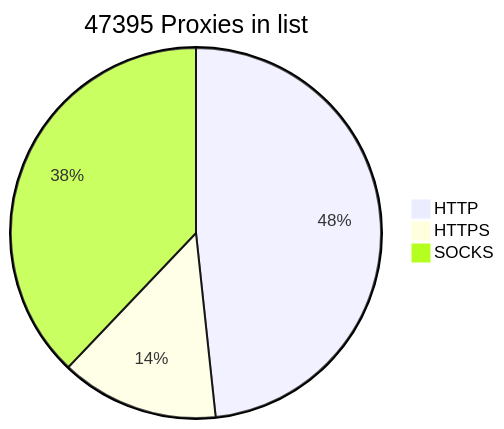
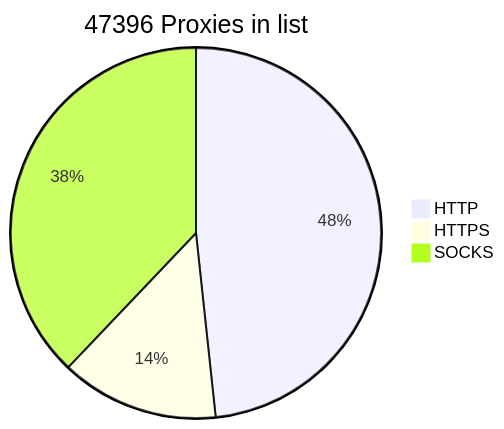
Before and after one commit to BlackSnowDot/proxylist-update-every-minute: the diagram in README.md, drawn with Mermaid.

````diff
--- a/README.md
+++ b/README.md
@@ -2,6 +2,6 @@
 ```mermaid
-pie title 47395 Proxies in list
+pie title 47396 Proxies in list
     "HTTP" : 25580
     "HTTPS": 7309
-    "SOCKS" : 20068
+    "SOCKS" : 20069
 ```
````
